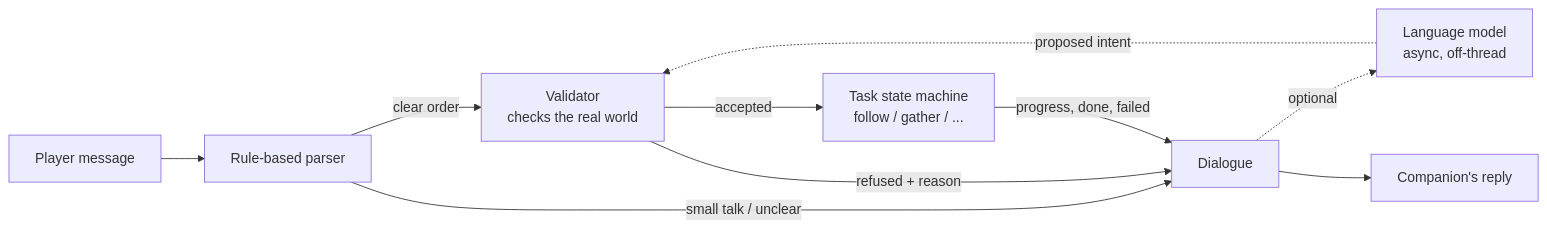
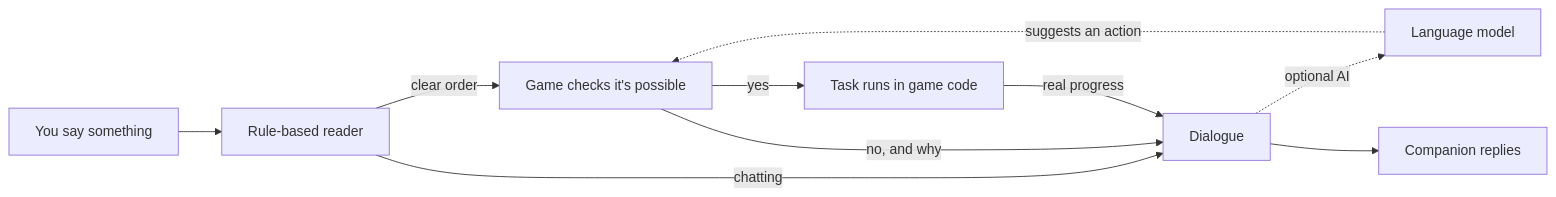
One commit to ColeCraven/hearthbound-companions changed the diagram in README.md. Above: the diagram before and after it, drawn with Mermaid. The commit also changed other lines of this file and 47 other files, not shown here.

````diff
--- a/README.md
+++ b/README.md
@@ -99,12 +98,12 @@
 ```mermaid
 flowchart LR
-    P[Player message] --> R[Rule-based parser]
-    R -- clear order --> V[Validator<br/>checks the real world]
-    R -- small talk / unclear --> D[Dialogue]
-    D -. optional .-> M[Language model<br/>async, off-thread]
-    M -. proposed intent .-> V
-    V -- accepted --> T[Task state machine<br/>follow / gather / ...]
-    V -- refused + reason --> D
-    T -- progress, done, failed --> D
-    D --> C[Companion's reply]
+    P[You say something] --> R[Rule-based reader]
+    R -- clear order --> V[Game checks it's possible]
+    R -- chatting --> D[Dialogue]
+    D -. optional AI .-> M[Language model]
+    M -. suggests an action .-> V
+    V -- yes --> T[Task runs in game code]
+    V -- no, and why --> D
+    T -- real progress --> D
+    D --> C[Companion replies]
 ```
````
